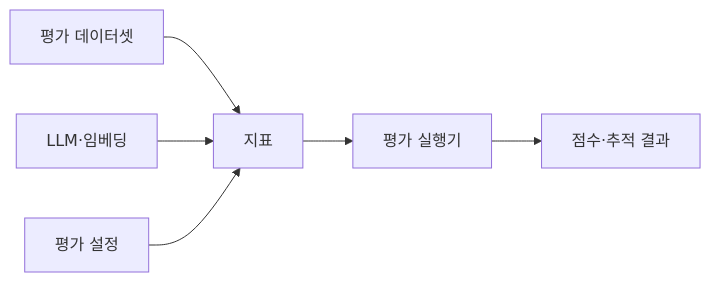
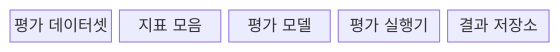
One commit to agnusdei1207/knowledge-base changed the first of 2 diagrams in src/content/docs/notes/08-latest-tech/082_ragas.md. Above: the diagram before and after it, drawn with Mermaid. The commit also changed other lines of this file and 35 other files, not shown here.

````diff
--- a/src/content/docs/notes/08-latest-tech/082_ragas.md
+++ b/src/content/docs/notes/08-latest-tech/082_ragas.md
@@ -51,8 +51,9 @@
 ```mermaid
-flowchart LR
-    D[평가 데이터셋] --> M[지표]
-    L[LLM·임베딩] --> M
-    C[평가 설정] --> M
-    M --> E[평가 실행기]
-    E --> R[점수·추적 결과]
+block-beta
+    columns 5
+    D["평가 데이터셋"]
+    M["지표 모음"]
+    E["평가 모델"]
+    X["평가 실행기"]
+    R["결과 저장소"]
 ```
````
